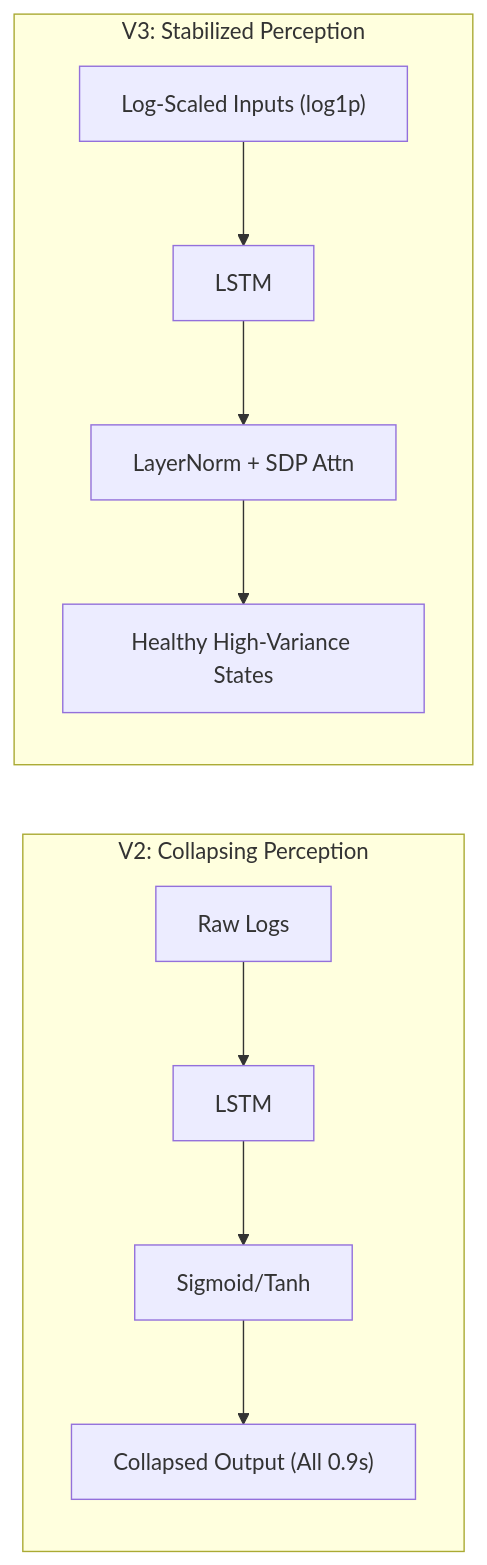
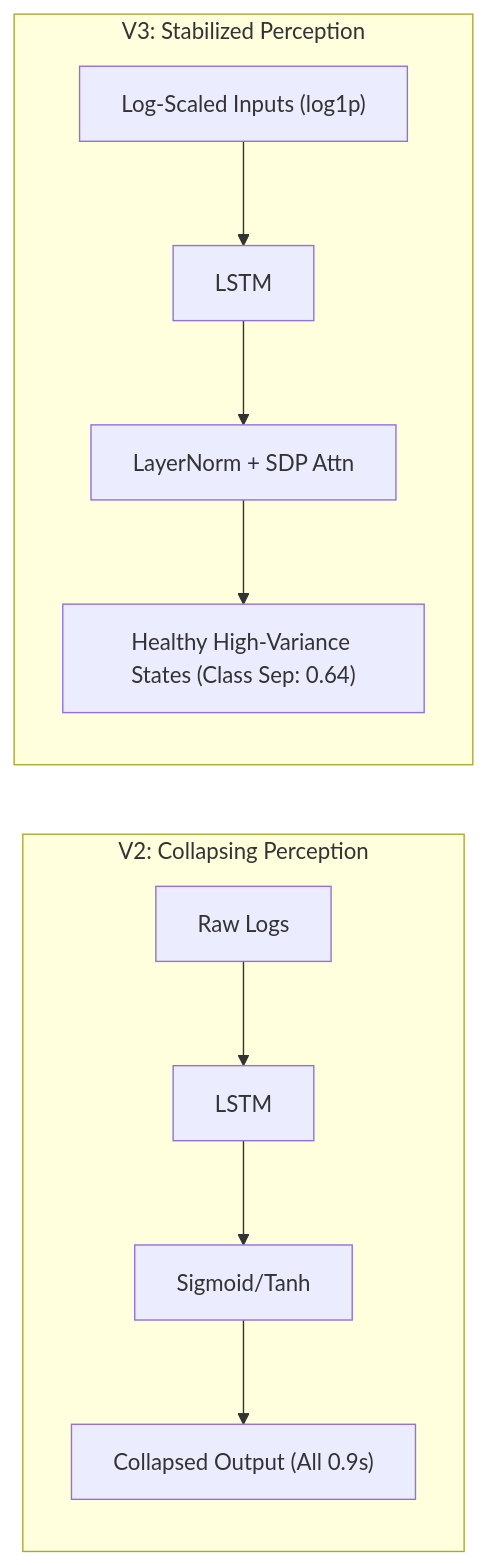
One commit to didi-09/AI_DRIVEN_SOAR changed the fifth of 8 diagrams in README.md. Above: the diagram before and after it, drawn with Mermaid. The commit also changed other lines of this file, not shown here.

First line of the commit message:
Revise README for V3 evaluation and V4 architecture

````diff
--- a/README.md
+++ b/README.md
@@ -204,13 +204,13 @@
 ```mermaid
 graph LR
     subgraph "V2: Collapsing Perception"
         I2[Raw Logs] --> L2[LSTM]
         L2 --> Sig[Sigmoid/Tanh]
         Sig --> C["Collapsed Output (All 0.9s)"]
     end
     subgraph "V3: Stabilized Perception"
         I3["Log-Scaled Inputs (log1p)"] --> L3[LSTM]
         L3 --> LN["LayerNorm + SDP Attn"]
-        LN --> H["Healthy High-Variance States"]
+        LN --> H["Healthy High-Variance States (Class Sep: 0.64)"]
     end
 ```
````
